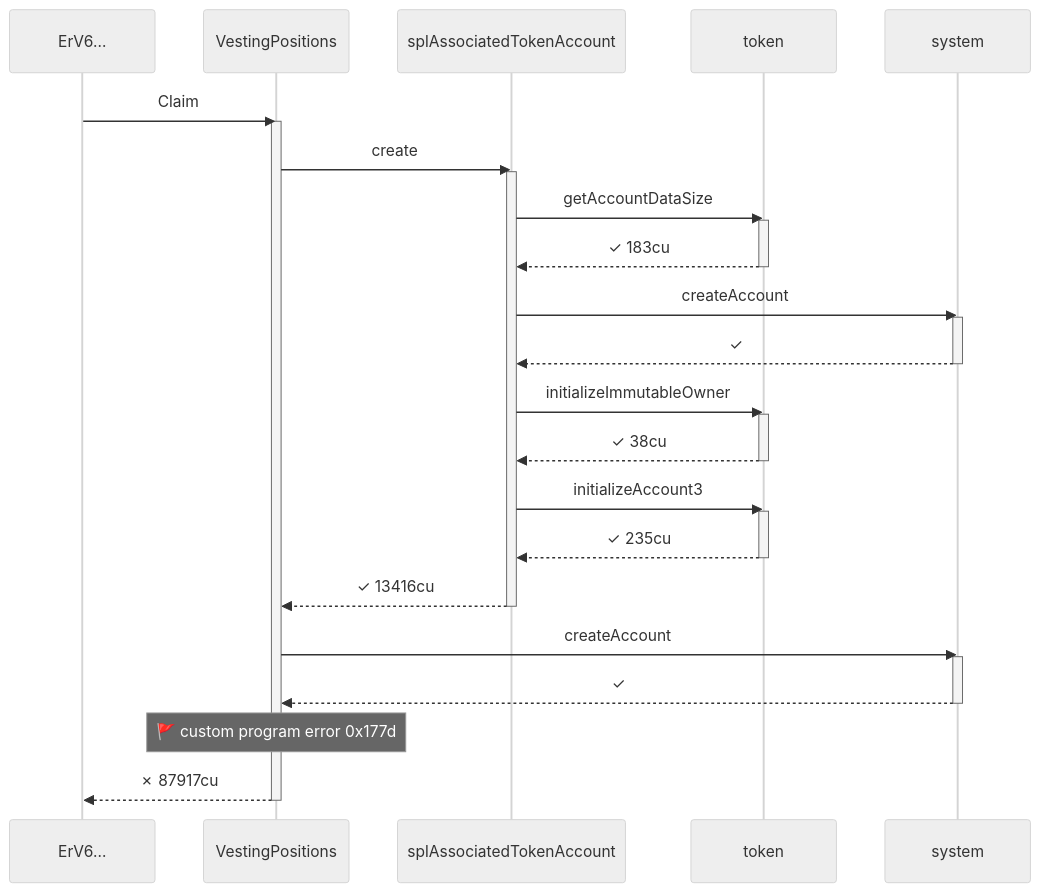
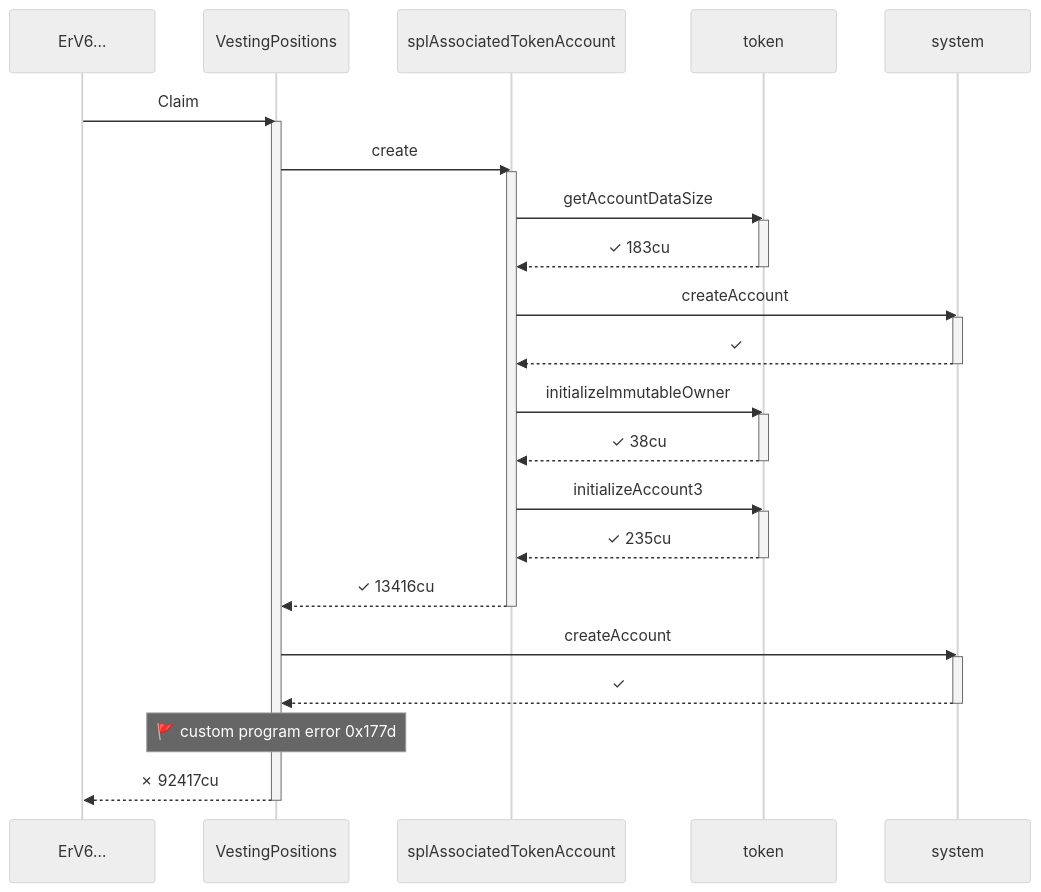
The fourth of 6 diagrams in babelfish-tests/test-report/scenario_5_unwhitelisted_user_fails.md (cds-turbin3/vesting-position), drawn with Mermaid (neutral theme) before and after one commit. The commit also changed other lines of this file and 106 other files, not shown here.

````diff
--- a/babelfish-tests/test-report/scenario_5_unwhitelisted_user_fails.md
+++ b/babelfish-tests/test-report/scenario_5_unwhitelisted_user_fails.md
@@ -200,37 +208,37 @@
 ```mermaid
 sequenceDiagram
     participant p0 as ErV6…
     participant p1 as VestingPositions
     participant p2 as splAssociatedTokenAccount
     participant p3 as token
     participant p4 as system
     p0->>p1: Claim
     activate p1
     p1->>p2: create
     activate p2
     p2->>p3: getAccountDataSize
     activate p3
     p3-->>p2: ✓ 183cu
     deactivate p3
     p2->>p4: createAccount
     activate p4
     p4-->>p2: ✓
     deactivate p4
     p2->>p3: initializeImmutableOwner
     activate p3
     p3-->>p2: ✓ 38cu
     deactivate p3
     p2->>p3: initializeAccount3
     activate p3
     p3-->>p2: ✓ 235cu
     deactivate p3
     p2-->>p1: ✓ 13416cu
     deactivate p2
     p1->>p4: createAccount
     activate p4
     p4-->>p1: ✓
     deactivate p4
     note over p1: 🚩 custom program error  0x177d
-    p1-->>p0: ✗ 87917cu
+    p1-->>p0: ✗ 92417cu
     deactivate p1
 ```
````
